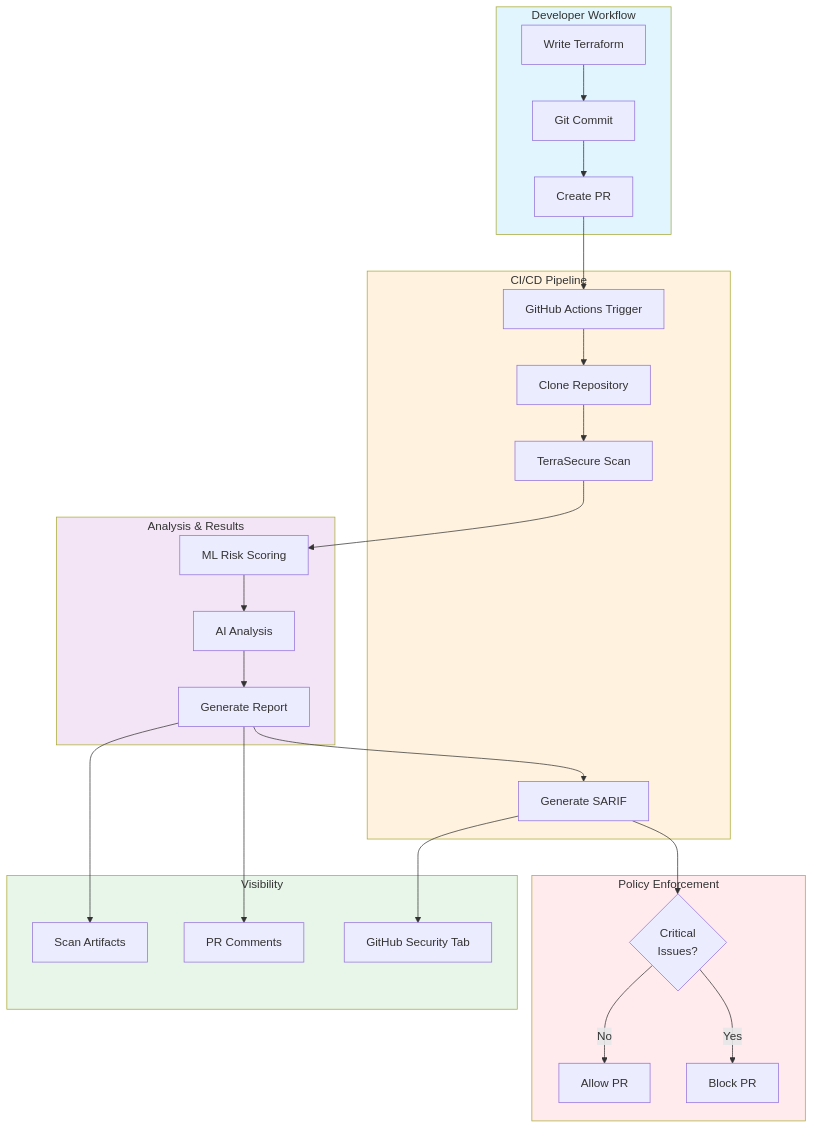
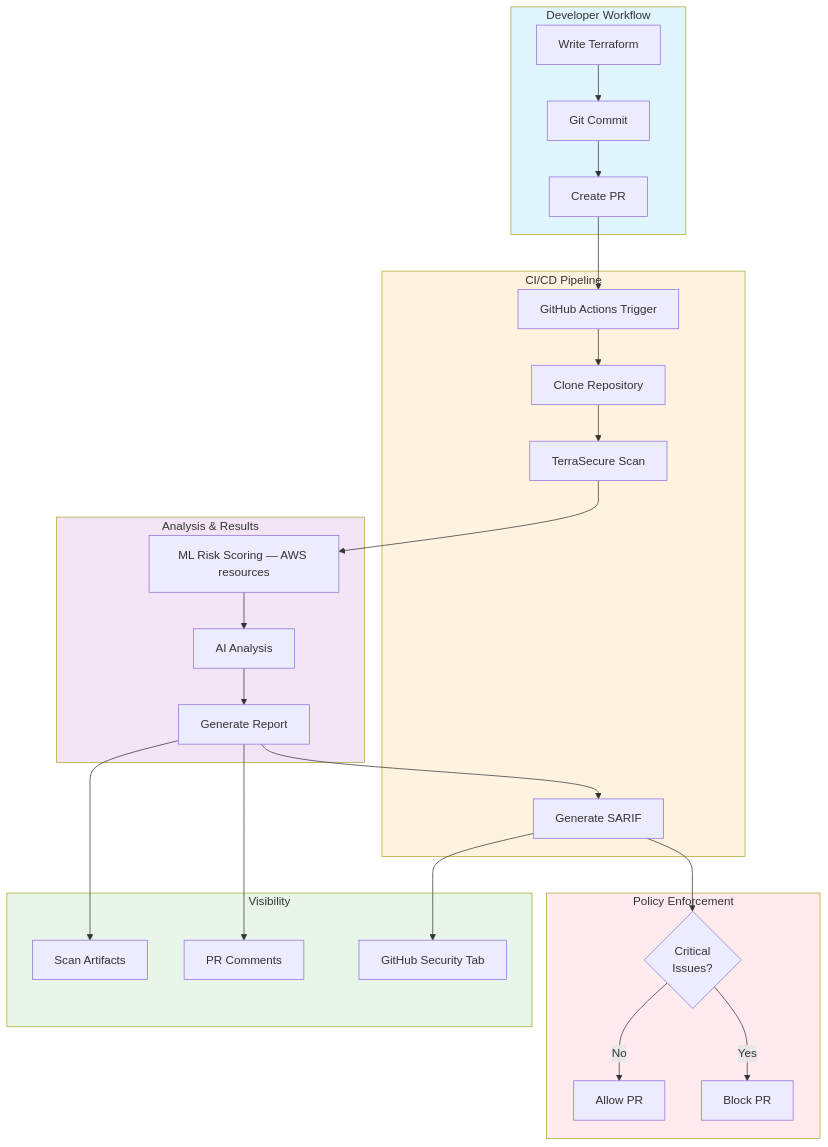
The fourth of 4 diagrams in README.md (JashwanthMU/TerraSecure), drawn with Mermaid before and after one commit. The commit also changed other lines of this file and 1 other file, not shown here.

````diff
--- a/README.md
+++ b/README.md
@@ -337,57 +362,57 @@
 ```mermaid
 flowchart TB
     subgraph Developer["  Developer Workflow"]
         CODE[Write Terraform]
         COMMIT[Git Commit]
         PR[Create PR]
     end
 
     subgraph CI["  CI/CD Pipeline"]
         TRIGGER[GitHub Actions Trigger]
         CLONE[Clone Repository]
         SCAN[TerraSecure Scan]
         SARIF_GEN[Generate SARIF]
     end
 
     subgraph Analysis["  Analysis & Results"]
-        ML_CHECK[ML Risk Scoring]
+        ML_CHECK[ML Risk Scoring — AWS resources]
         AI_EXPLAIN[AI Analysis]
         REPORT[Generate Report]
     end
 
     subgraph Enforcement["  Policy Enforcement"]
         CRITICAL{Critical<br/>Issues?}
         BLOCK[  Block PR]
         APPROVE[  Allow PR]
     end
 
     subgraph Visibility["  Visibility"]
         GH_SEC[GitHub Security Tab]
         PR_COMMENT[PR Comments]
         ARTIFACTS[Scan Artifacts]
     end
 
     CODE --> COMMIT
     COMMIT --> PR
     PR --> TRIGGER
     TRIGGER --> CLONE
     CLONE --> SCAN
     SCAN --> ML_CHECK
     ML_CHECK --> AI_EXPLAIN
     AI_EXPLAIN --> REPORT
     REPORT --> SARIF_GEN
     SARIF_GEN --> CRITICAL
     
     CRITICAL -->|Yes| BLOCK
     CRITICAL -->|No| APPROVE
     
     SARIF_GEN --> GH_SEC
     REPORT --> PR_COMMENT
     REPORT --> ARTIFACTS
     
     style Developer fill:#e1f5ff
     style CI fill:#fff3e0
     style Analysis fill:#f3e5f5
     style Enforcement fill:#ffebee
     style Visibility fill:#e8f5e9
 ```
````
